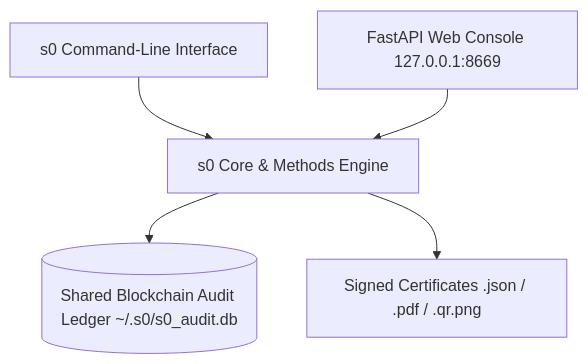
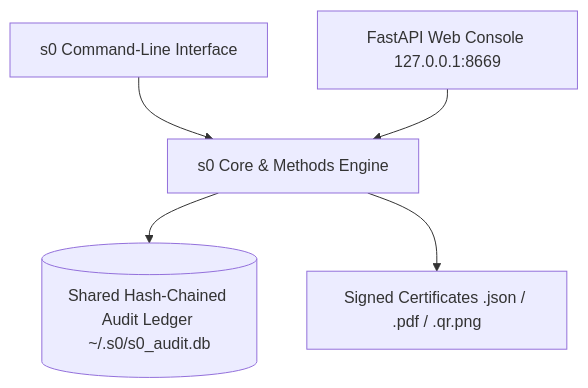
The diagram in docs/guides/web-dashboard.md (kartik2005221/s0), drawn with Mermaid before and after one commit. The commit also changed 24 other files, not shown here.

Commit message:
refactor: rename blockchain to hash-chained across codebase

````diff
--- a/docs/guides/web-dashboard.md
+++ b/docs/guides/web-dashboard.md
@@ -19,8 +19,8 @@
 ```mermaid
 graph TD
     CLI[s0 Command-Line Interface] --> CORE[s0 Core & Methods Engine]
     WEB[FastAPI Web Console 127.0.0.1:8669] --> CORE
     
-    CORE --> LEDGER[(Shared Blockchain Audit Ledger ~/.s0/s0_audit.db)]
+    CORE --> LEDGER[(Shared Hash-Chained Audit Ledger ~/.s0/s0_audit.db)]
     CORE --> CERTS[Signed Certificates .json / .pdf / .qr.png]
 ```
````
